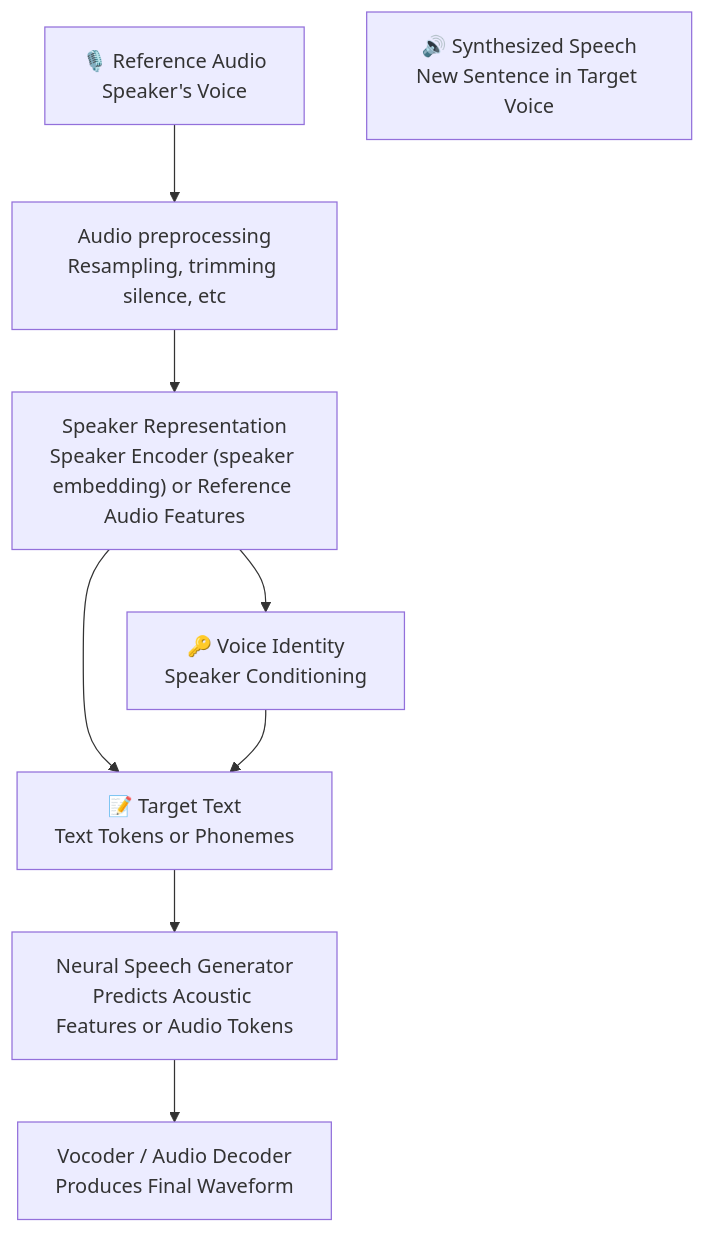
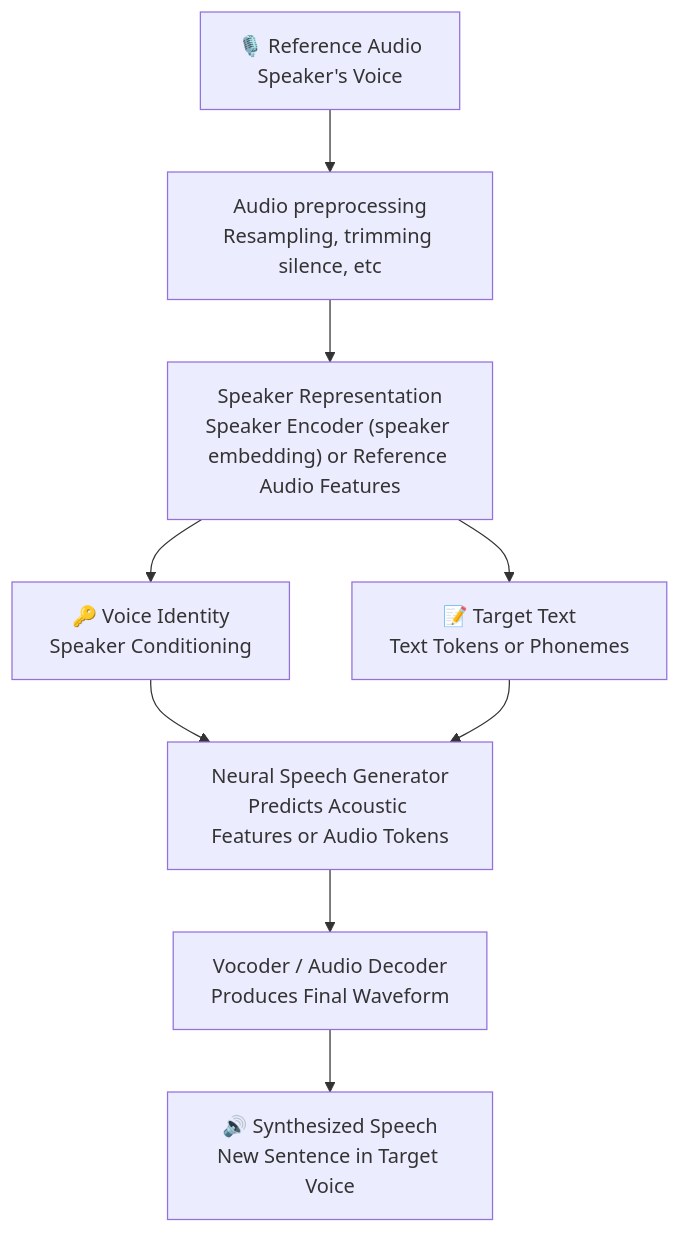
Before and after one commit to elaheh-dastan/CAT: the second of 2 diagrams in AI_assistant.md, drawn with Mermaid.

````diff
--- a/AI_assistant.md
+++ b/AI_assistant.md
@@ -27,19 +27,20 @@
 ```mermaid
 flowchart TD
     A["🎙️ Reference Audio<br/>Speaker's Voice"]
     B["Audio preprocessing<br/>Resampling, trimming silence, etc"]
     C["Speaker Representation<br/>Speaker Encoder (speaker embedding) or Reference Audio Features"]
     D["🔑 Voice Identity<br/>Speaker Conditioning"]
     E["📝 Target Text<br/>Text Tokens or Phonemes"]
     F["Neural Speech Generator<br/>Predicts Acoustic Features or Audio Tokens"]
     G["Vocoder / Audio Decoder<br/>Produces Final Waveform"]
     H["🔊 Synthesized Speech<br/>New Sentence in Target Voice"]
 
     A --> B
     B --> C
     C --> D
     C --> E
-    D --> E
+    D --> F
     E --> F
     F --> G
+    G --> H
 ```
````
